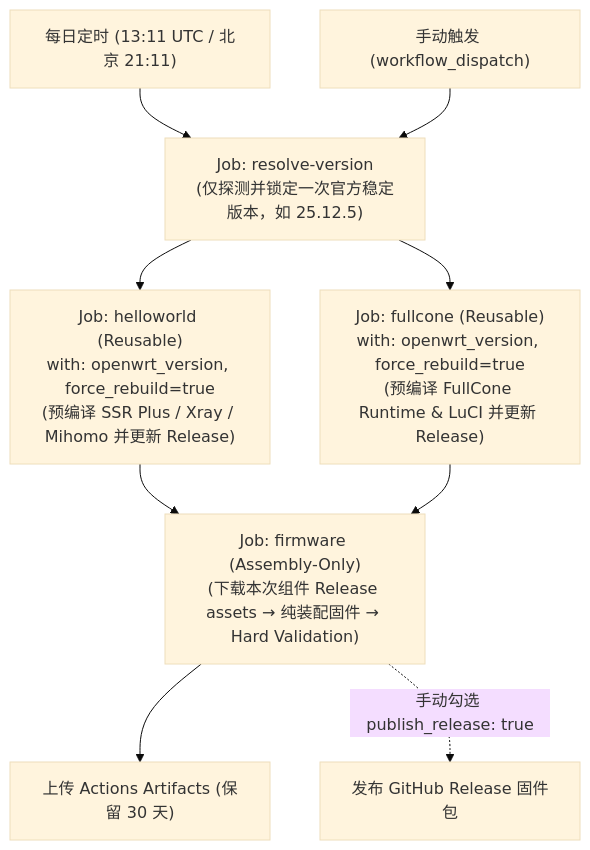
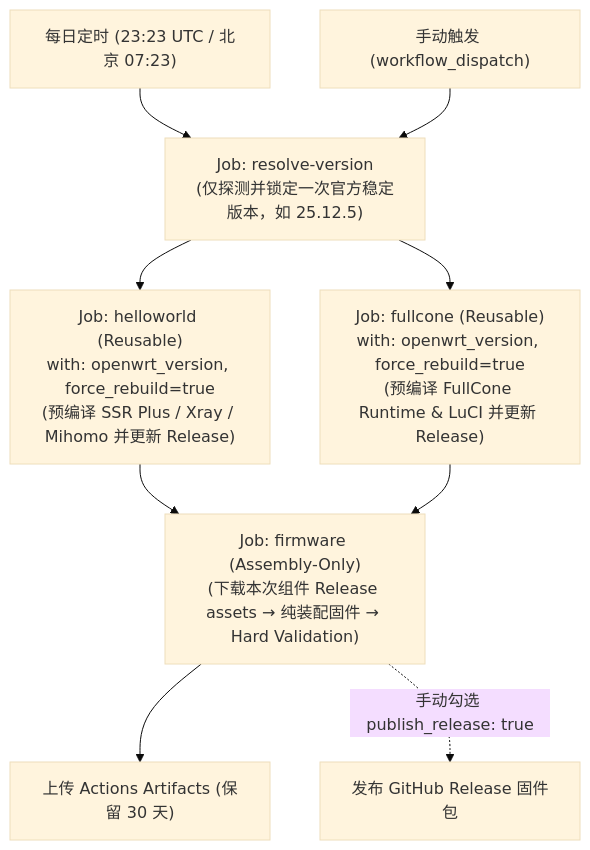
One commit to EluneAdore/openwrt-imagebuilder-ci changed the diagram in README.md. Above: the diagram before and after it, drawn with Mermaid (base theme). The commit also changed other lines of this file and 2 other files, not shown here.

Commit message:
docs: 更新每日自动构建时间至北京时间上午 07:23 (UTC 23:23)

````diff
--- a/README.md
+++ b/README.md
@@ -40,14 +40,14 @@
 ```mermaid
 flowchart TD
-    schedule["每日定时 (13:11 UTC / 北京 21:11)"] --> resolve["Job: resolve-version<br/>(仅探测并锁定一次官方稳定版本，如 25.12.5)"]
+    schedule["每日定时 (23:23 UTC / 北京 07:23)"] --> resolve["Job: resolve-version<br/>(仅探测并锁定一次官方稳定版本，如 25.12.5)"]
     dispatch["手动触发 (workflow_dispatch)"] --> resolve
 
     resolve --> helloworld["Job: helloworld (Reusable)<br/>with: openwrt_version, force_rebuild=true<br/>(预编译 SSR Plus / Xray / Mihomo 并更新 Release)"]
     resolve --> fullcone["Job: fullcone (Reusable)<br/>with: openwrt_version, force_rebuild=true<br/>(预编译 FullCone Runtime & LuCI 并更新 Release)"]
 
     helloworld --> firmware["Job: firmware (Assembly-Only)<br/>(下载本次组件 Release assets → 纯装配固件 → Hard Validation)"]
     fullcone --> firmware
 
     firmware --> artifacts["上传 Actions Artifacts (保留 30 天)"]
     firmware -.->|"手动勾选 publish_release: true"| release["发布 GitHub Release 固件包"]
 ```
````
